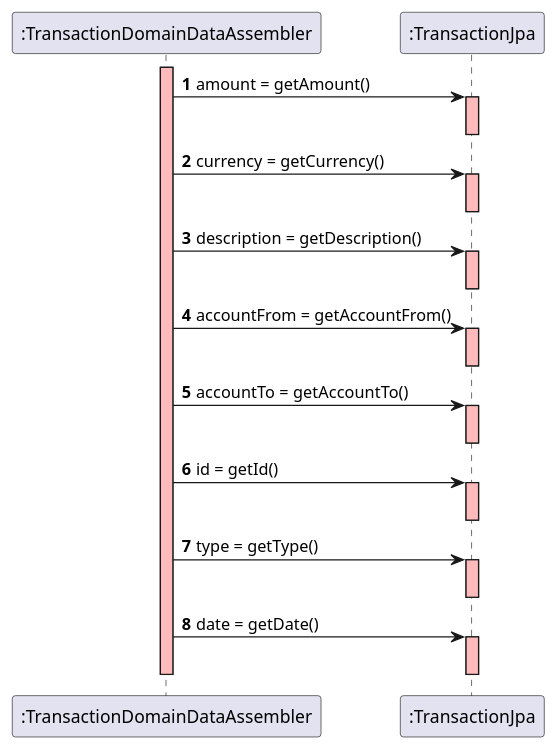
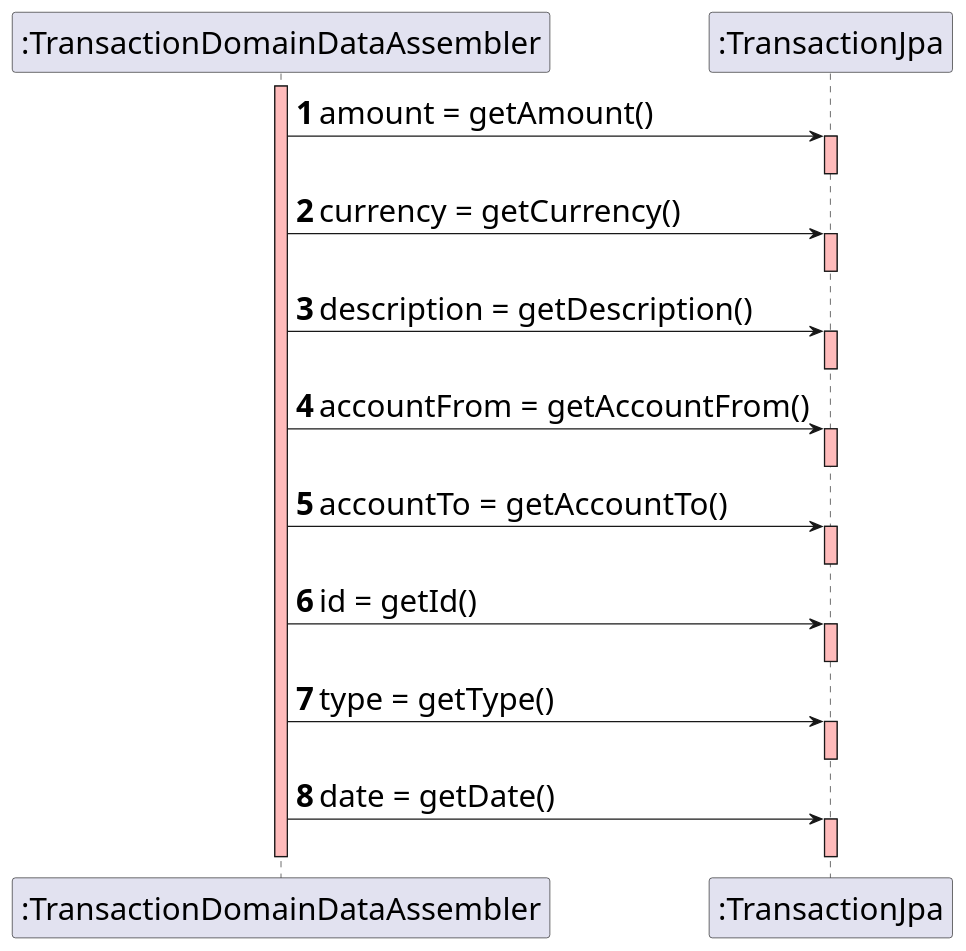
Before and after one commit to mleitaoribeiro/DevOpsMaven: the diagram in src/main/java/switch2019/project/controllerLayer/rest/US008CreateTransactionControllerRest_P2_2Get.puml, drawn with PlantUML. The commit also changed 4 other files, not shown here.

```diff
--- a/src/main/java/switch2019/project/controllerLayer/rest/US008CreateTransactionControllerRest_P2_2Get.puml
+++ b/src/main/java/switch2019/project/controllerLayer/rest/US008CreateTransactionControllerRest_P2_2Get.puml
@@ -1,32 +1,33 @@
 @startuml
+skinparam DefaultFontSize 25
 
 autonumber 1
 activate ":TransactionDomainDataAssembler" #FFBBBB
 ":TransactionDomainDataAssembler"->":TransactionJpa" : amount = getAmount()
 activate ":TransactionJpa" #FFBBBB
 deactivate ":TransactionJpa"
 ":TransactionDomainDataAssembler"->":TransactionJpa" : currency = getCurrency()
 activate ":TransactionJpa" #FFBBBB
 deactivate ":TransactionJpa"
 ":TransactionDomainDataAssembler"->":TransactionJpa" : description = getDescription()
 activate ":TransactionJpa" #FFBBBB
 deactivate ":TransactionJpa"
 ":TransactionDomainDataAssembler"->":TransactionJpa" : accountFrom = getAccountFrom()
 activate ":TransactionJpa" #FFBBBB
 deactivate ":TransactionJpa"
 ":TransactionDomainDataAssembler"->":TransactionJpa" : accountTo = getAccountTo()
 activate ":TransactionJpa" #FFBBBB
 deactivate ":TransactionJpa"
 ":TransactionDomainDataAssembler"->":TransactionJpa" : id = getId()
 activate ":TransactionJpa" #FFBBBB
 deactivate ":TransactionJpa"
 ":TransactionDomainDataAssembler"->":TransactionJpa" : type = getType()
 activate ":TransactionJpa" #FFBBBB
 deactivate ":TransactionJpa"
 ":TransactionDomainDataAssembler"->":TransactionJpa" : date = getDate()
 activate ":TransactionJpa" #FFBBBB
 deactivate ":TransactionJpa"
 deactivate ":TransactionDomainDataAssembler" #FFBBBB
 
 
 @enduml
```
